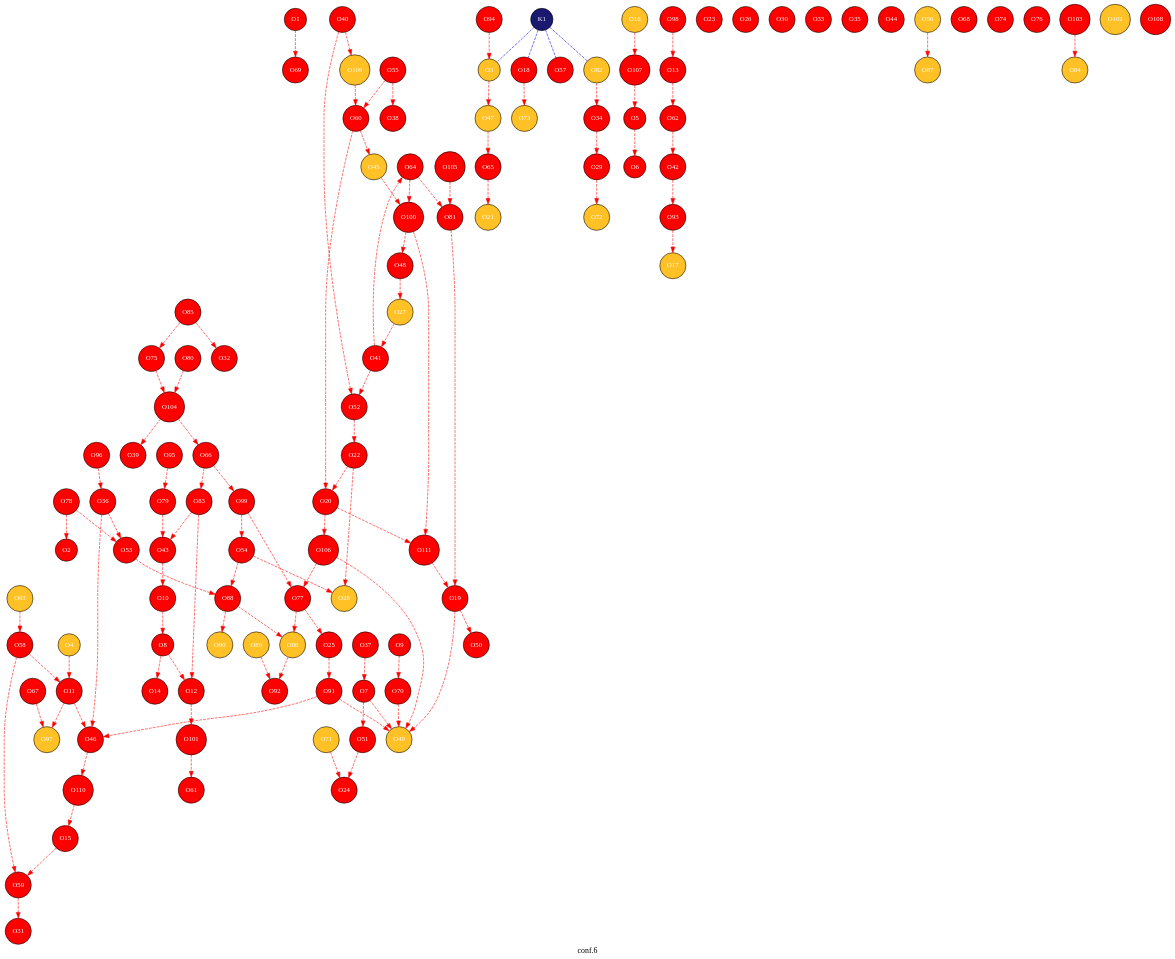
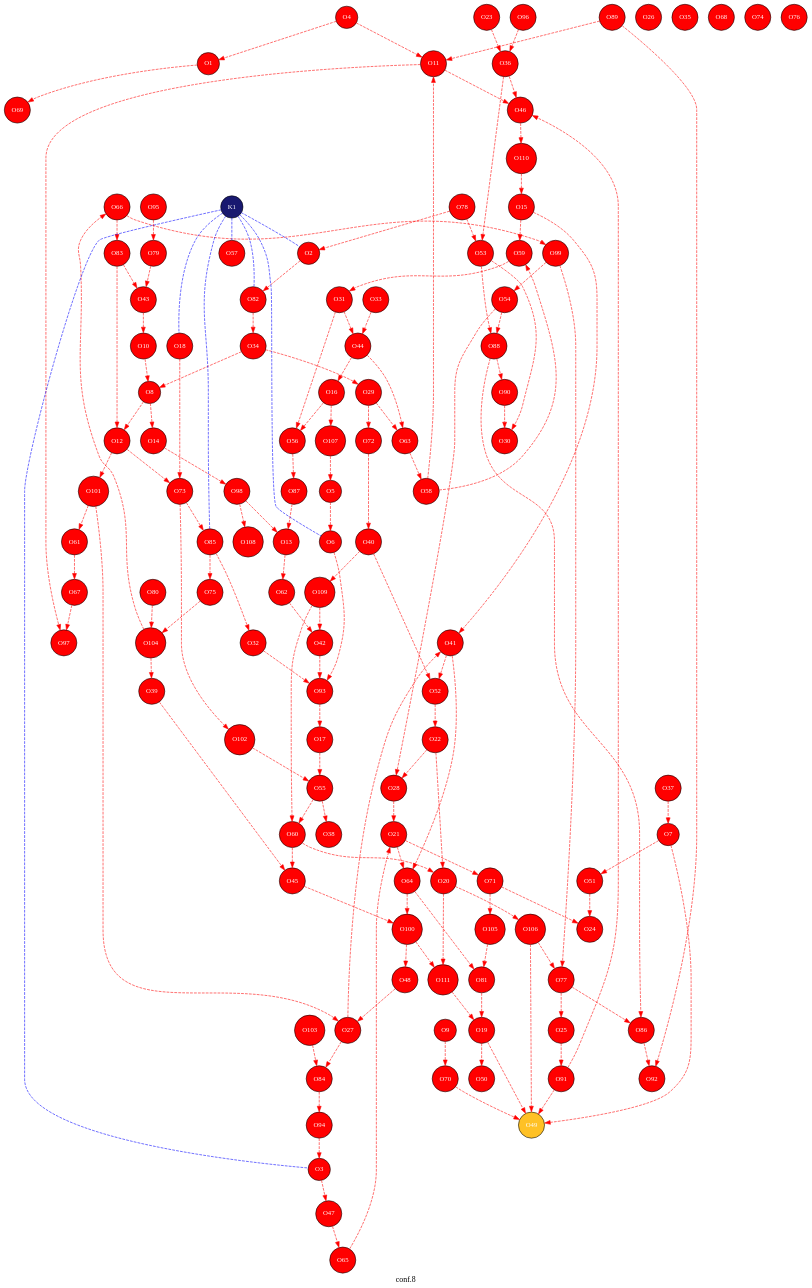
Before and after one commit to JelleLagerweij/short_test: the diagram in 4-GATeWAY/copy_4/traj/traj_conf.gv, drawn with Graphviz. The commit also changed 273 other files, not shown here.

```diff
--- a/4-GATeWAY/copy_4/traj/traj_conf.gv
+++ b/4-GATeWAY/copy_4/traj/traj_conf.gv
@@ -1,12 +1,12 @@
 digraph G {
-label="conf.6 ";
+label="conf.8 ";
 node [style=filled];
 graph [bgcolor=transparent];
 node [shape = circle, fontsize=12];
 "O1"[fillcolor=red, fontcolor=white, fontname="Times", label="O1"];
 "O2"[fillcolor=red, fontcolor=white, fontname="Times", label="O2"];
-"O3"[fillcolor=goldenrod1, fontcolor=white, fontname="Times", label="O3"];
-"O4"[fillcolor=goldenrod1, fontcolor=white, fontname="Times", label="O4"];
+"O3"[fillcolor=red, fontcolor=white, fontname="Times", label="O3"];
+"O4"[fillcolor=red, fontcolor=white, fontname="Times", label="O4"];
 "O5"[fillcolor=red, fontcolor=white, fontname="Times", label="O5"];
 "O6"[fillcolor=red, fontcolor=white, fontname="Times", label="O6"];
 "O7"[fillcolor=red, fontcolor=white, fontname="Times", label="O7"];
@@ -18,19 +18,19 @@
 "O13"[fillcolor=red, fontcolor=white, fontname="Times", label="O13"];
 "O14"[fillcolor=red, fontcolor=white, fontname="Times", label="O14"];
 "O15"[fillcolor=red, fontcolor=white, fontname="Times", label="O15"];
-"O16"[fillcolor=goldenrod1, fontcolor=white, fontname="Times", label="O16"];
-"O17"[fillcolor=goldenrod1, fontcolor=white, fontname="Times", label="O17"];
+"O16"[fillcolor=red, fontcolor=white, fontname="Times", label="O16"];
+"O17"[fillcolor=red, fontcolor=white, fontname="Times", label="O17"];
 "O18"[fillcolor=red, fontcolor=white, fontname="Times", label="O18"];
 "O19"[fillcolor=red, fontcolor=white, fontname="Times", label="O19"];
 "O20"[fillcolor=red, fontcolor=white, fontname="Times", label="O20"];
-"O21"[fillcolor=goldenrod1, fontcolor=white, fontname="Times", label="O21"];
+"O21"[fillcolor=red, fontcolor=white, fontname="Times", label="O21"];
 "O22"[fillcolor=red, fontcolor=white, fontname="Times", label="O22"];
 "O23"[fillcolor=red, fontcolor=white, fontname="Times", label="O23"];
 "O24"[fillcolor=red, fontcolor=white, fontname="Times", label="O24"];
 "O25"[fillcolor=red, fontcolor=white, fontname="Times", label="O25"];
 "O26"[fillcolor=red, fontcolor=white, fontname="Times", label="O26"];
-"O27"[fillcolor=goldenrod1, fontcolor=white, fontname="Times", label="O27"];
-"O28"[fillcolor=goldenrod1, fontcolor=white, fontname="Times", label="O28"];
+"O27"[fillcolor=red, fontcolor=white, fontname="Times", label="O27"];
+"O28"[fillcolor=red, fontcolor=white, fontname="Times", label="O28"];
 "O29"[fillcolor=red, fontcolor=white, fontname="Times", label="O29"];
 "O30"[fillcolor=red, fontcolor=white, fontname="Times", label="O30"];
 "O31"[fillcolor=red, fontcolor=white, fontname="Times", label="O31"];
@@ -47,9 +47,9 @@
 "O42"[fillcolor=red, fontcolor=white, fontname="Times", label="O42"];
 "O43"[fillcolor=red, fontcolor=white, fontname="Times", label="O43"];
 "O44"[fillcolor=red, fontcolor=white, fontname="Times", label="O44"];
-"O45"[fillcolor=goldenrod1, fontcolor=white, fontname="Times", label="O45"];
+"O45"[fillcolor=red, fontcolor=white, fontname="Times", label="O45"];
 "O46"[fillcolor=red, fontcolor=white, fontname="Times", label="O46"];
-"O47"[fillcolor=goldenrod1, fontcolor=white, fontname="Times", label="O47"];
+"O47"[fillcolor=red, fontcolor=white, fontname="Times", label="O47"];
 "O48"[fillcolor=red, fontcolor=white, fontname="Times", label="O48"];
 "O49"[fillcolor=goldenrod1, fontcolor=white, fontname="Times", label="O49"];
 "O50"[fillcolor=red, fontcolor=white, fontname="Times", label="O50"];
@@ -58,14 +58,14 @@
 "O53"[fillcolor=red, fontcolor=white, fontname="Times", label="O53"];
 "O54"[fillcolor=red, fontcolor=white, fontname="Times", label="O54"];
 "O55"[fillcolor=red, fontcolor=white, fontname="Times", label="O55"];
-"O56"[fillcolor=goldenrod1, fontcolor=white, fontname="Times", label="O56"];
+"O56"[fillcolor=red, fontcolor=white, fontname="Times", label="O56"];
 "O57"[fillcolor=red, fontcolor=white, fontname="Times", label="O57"];
 "O58"[fillcolor=red, fontcolor=white, fontname="Times", label="O58"];
 "O59"[fillcolor=red, fontcolor=white, fontname="Times", label="O59"];
 "O60"[fillcolor=red, fontcolor=white, fontname="Times", label="O60"];
 "O61"[fillcolor=red, fontcolor=white, fontname="Times", label="O61"];
 "O62"[fillcolor=red, fontcolor=white, fontname="Times", label="O62"];
-"O63"[fillcolor=goldenrod1, fontcolor=white, fontname="Times", label="O63"];
+"O63"[fillcolor=red, fontcolor=white, fontname="Times", label="O63"];
 "O64"[fillcolor=red, fontcolor=white, fontname="Times", label="O64"];
 "O65"[fillcolor=red, fontcolor=white, fontname="Times", label="O65"];
 "O66"[fillcolor=red, fontcolor=white, fontname="Times", label="O66"];
@@ -73,9 +73,9 @@
 "O68"[fillcolor=red, fontcolor=white, fontname="Times", label="O68"];
 "O69"[fillcolor=red, fontcolor=white, fontname="Times", label="O69"];
 "O70"[fillcolor=red, fontcolor=white, fontname="Times", label="O70"];
-"O71"[fillcolor=goldenrod1, fontcolor=white, fontname="Times", label="O71"];
-"O72"[fillcolor=goldenrod1, fontcolor=white, fontname="Times", label="O72"];
-"O73"[fillcolor=goldenrod1, fontcolor=white, fontname="Times", label="O73"];
+"O71"[fillcolor=red, fontcolor=white, fontname="Times", label="O71"];
+"O72"[fillcolor=red, fontcolor=white, fontname="Times", label="O72"];
+"O73"[fillcolor=red, fontcolor=white, fontname="Times", label="O73"];
 "O74"[fillcolor=red, fontcolor=white, fontname="Times", label="O74"];
 "O75"[fillcolor=red, fontcolor=white, fontname="Times", label="O75"];
 "O76"[fillcolor=red, fontcolor=white, fontname="Times", label="O76"];
@@ -84,62 +84,74 @@
 "O79"[fillcolor=red, fontcolor=white, fontname="Times", label="O79"];
 "O80"[fillcolor=red, fontcolor=white, fontname="Times", label="O80"];
 "O81"[fillcolor=red, fontcolor=white, fontname="Times", label="O81"];
-"O82"[fillcolor=goldenrod1, fontcolor=white, fontname="Times", label="O82"];
+"O82"[fillcolor=red, fontcolor=white, fontname="Times", label="O82"];
 "O83"[fillcolor=red, fontcolor=white, fontname="Times", label="O83"];
-"O84"[fillcolor=goldenrod1, fontcolor=white, fontname="Times", label="O84"];
+"O84"[fillcolor=red, fontcolor=white, fontname="Times", label="O84"];
 "O85"[fillcolor=red, fontcolor=white, fontname="Times", label="O85"];
-"O86"[fillcolor=goldenrod1, fontcolor=white, fontname="Times", label="O86"];
-"O87"[fillcolor=goldenrod1, fontcolor=white, fontname="Times", label="O87"];
+"O86"[fillcolor=red, fontcolor=white, fontname="Times", label="O86"];
+"O87"[fillcolor=red, fontcolor=white, fontname="Times", label="O87"];
 "O88"[fillcolor=red, fontcolor=white, fontname="Times", label="O88"];
-"O89"[fillcolor=goldenrod1, fontcolor=white, fontname="Times", label="O89"];
-"O90"[fillcolor=goldenrod1, fontcolor=white, fontname="Times", label="O90"];
+"O89"[fillcolor=red, fontcolor=white, fontname="Times", label="O89"];
+"O90"[fillcolor=red, fontcolor=white, fontname="Times", label="O90"];
 "O91"[fillcolor=red, fontcolor=white, fontname="Times", label="O91"];
 "O92"[fillcolor=red, fontcolor=white, fontname="Times", label="O92"];
 "O93"[fillcolor=red, fontcolor=white, fontname="Times", label="O93"];
 "O94"[fillcolor=red, fontcolor=white, fontname="Times", label="O94"];
 "O95"[fillcolor=red, fontcolor=white, fontname="Times", label="O95"];
 "O96"[fillcolor=red, fontcolor=white, fontname="Times", label="O96"];
-"O97"[fillcolor=goldenrod1, fontcolor=white, fontname="Times", label="O97"];
+"O97"[fillcolor=red, fontcolor=white, fontname="Times", label="O97"];
 "O98"[fillcolor=red, fontcolor=white, fontname="Times", label="O98"];
 "O99"[fillcolor=red, fontcolor=white, fontname="Times", label="O99"];
 "O100"[fillcolor=red, fontcolor=white, fontname="Times", label="O100"];
 "O101"[fillcolor=red, fontcolor=white, fontname="Times", label="O101"];
-"O102"[fillcolor=goldenrod1, fontcolor=white, fontname="Times", label="O102"];
+"O102"[fillcolor=red, fontcolor=white, fontname="Times", label="O102"];
 "O103"[fillcolor=red, fontcolor=white, fontname="Times", label="O103"];
 "O104"[fillcolor=red, fontcolor=white, fontname="Times", label="O104"];
 "O105"[fillcolor=red, fontcolor=white, fontname="Times", label="O105"];
 "O106"[fillcolor=red, fontcolor=white, fontname="Times", label="O106"];
 "O107"[fillcolor=red, fontcolor=white, fontname="Times", label="O107"];
 "O108"[fillcolor=red, fontcolor=white, fontname="Times", label="O108"];
-"O109"[fillcolor=goldenrod1, fontcolor=white, fontname="Times", label="O109"];
+"O109"[fillcolor=red, fontcolor=white, fontname="Times", label="O109"];
 "O110"[fillcolor=red, fontcolor=white, fontname="Times", label="O110"];
 "O111"[fillcolor=red, fontcolor=white, fontname="Times", label="O111"];
 "K1"[fillcolor=midnightblue, fontcolor=white, fontname="Times", label="K1"];
+"O4"->"O1"[fontcolor=red, color=red , style=dashed];
 "O1"->"O69"[fontcolor=red, color=red , style=dashed];
 "O78"->"O2"[fontcolor=red, color=red , style=dashed];
+"O2"->"O82"[fontcolor=red, color=red , style=dashed];
 "O3"->"O47"[fontcolor=red, color=red , style=dashed];
 "O94"->"O3"[fontcolor=red, color=red , style=dashed];
 "O4"->"O11"[fontcolor=red, color=red , style=dashed];
 "O5"->"O6"[fontcolor=red, color=red , style=dashed];
 "O107"->"O5"[fontcolor=red, color=red , style=dashed];
+"O6"->"O93"[fontcolor=red, color=red , style=dashed];
 "O37"->"O7"[fontcolor=red, color=red , style=dashed];
 "O7"->"O49"[fontcolor=red, color=red , style=dashed];
 "O7"->"O51"[fontcolor=red, color=red , style=dashed];
 "O10"->"O8"[fontcolor=red, color=red , style=dashed];
 "O8"->"O12"[fontcolor=red, color=red , style=dashed];
 "O8"->"O14"[fontcolor=red, color=red , style=dashed];
+"O34"->"O8"[fontcolor=red, color=red , style=dashed];
 "O9"->"O70"[fontcolor=red, color=red , style=dashed];
 "O43"->"O10"[fontcolor=red, color=red , style=dashed];
 "O11"->"O46"[fontcolor=red, color=red , style=dashed];
 "O58"->"O11"[fontcolor=red, color=red , style=dashed];
+"O89"->"O11"[fontcolor=red, color=red , style=dashed];
 "O11"->"O97"[fontcolor=red, color=red , style=dashed];
+"O12"->"O73"[fontcolor=red, color=red , style=dashed];
 "O83"->"O12"[fontcolor=red, color=red , style=dashed];
 "O12"->"O101"[fontcolor=red, color=red , style=dashed];
 "O13"->"O62"[fontcolor=red, color=red , style=dashed];
+"O87"->"O13"[fontcolor=red, color=red , style=dashed];
 "O98"->"O13"[fontcolor=red, color=red , style=dashed];
+"O14"->"O98"[fontcolor=red, color=red , style=dashed];
+"O15"->"O41"[fontcolor=red, color=red , style=dashed];
 "O15"->"O59"[fontcolor=red, color=red , style=dashed];
 "O110"->"O15"[fontcolor=red, color=red , style=dashed];
+"O44"->"O16"[fontcolor=red, color=red , style=dashed];
+"O16"->"O56"[fontcolor=red, color=red , style=dashed];
 "O16"->"O107"[fontcolor=red, color=red , style=dashed];
+"O17"->"O55"[fontcolor=red, color=red , style=dashed];
 "O93"->"O17"[fontcolor=red, color=red , style=dashed];
 "O18"->"O73"[fontcolor=red, color=red , style=dashed];
 "O19"->"O49"[fontcolor=red, color=red , style=dashed];
@@ -150,34 +162,51 @@
 "O60"->"O20"[fontcolor=red, color=red , style=dashed];
 "O20"->"O106"[fontcolor=red, color=red , style=dashed];
 "O20"->"O111"[fontcolor=red, color=red , style=dashed];
+"O28"->"O21"[fontcolor=red, color=red , style=dashed];
+"O21"->"O64"[fontcolor=red, color=red , style=dashed];
 "O65"->"O21"[fontcolor=red, color=red , style=dashed];
+"O21"->"O71"[fontcolor=red, color=red , style=dashed];
 "O22"->"O28"[fontcolor=red, color=red , style=dashed];
 "O52"->"O22"[fontcolor=red, color=red , style=dashed];
+"O23"->"O36"[fontcolor=red, color=red , style=dashed];
 "O51"->"O24"[fontcolor=red, color=red , style=dashed];
 "O71"->"O24"[fontcolor=red, color=red , style=dashed];
 "O77"->"O25"[fontcolor=red, color=red , style=dashed];
 "O25"->"O91"[fontcolor=red, color=red , style=dashed];
 "O27"->"O41"[fontcolor=red, color=red , style=dashed];
 "O48"->"O27"[fontcolor=red, color=red , style=dashed];
+"O27"->"O84"[fontcolor=red, color=red , style=dashed];
+"O101"->"O27"[fontcolor=red, color=red , style=dashed];
 "O54"->"O28"[fontcolor=red, color=red , style=dashed];
 "O34"->"O29"[fontcolor=red, color=red , style=dashed];
+"O29"->"O63"[fontcolor=red, color=red , style=dashed];
 "O29"->"O72"[fontcolor=red, color=red , style=dashed];
+"O53"->"O30"[fontcolor=red, color=red , style=dashed];
+"O90"->"O30"[fontcolor=red, color=red , style=dashed];
+"O31"->"O44"[fontcolor=red, color=red , style=dashed];
+"O31"->"O56"[fontcolor=red, color=red , style=dashed];
 "O59"->"O31"[fontcolor=red, color=red , style=dashed];
 "O85"->"O32"[fontcolor=red, color=red , style=dashed];
+"O32"->"O93"[fontcolor=red, color=red , style=dashed];
+"O33"->"O44"[fontcolor=red, color=red , style=dashed];
 "O82"->"O34"[fontcolor=red, color=red , style=dashed];
 "O36"->"O46"[fontcolor=red, color=red , style=dashed];
 "O36"->"O53"[fontcolor=red, color=red , style=dashed];
 "O96"->"O36"[fontcolor=red, color=red , style=dashed];
 "O55"->"O38"[fontcolor=red, color=red , style=dashed];
+"O39"->"O45"[fontcolor=red, color=red , style=dashed];
 "O104"->"O39"[fontcolor=red, color=red , style=dashed];
 "O40"->"O52"[fontcolor=red, color=red , style=dashed];
+"O72"->"O40"[fontcolor=red, color=red , style=dashed];
 "O40"->"O109"[fontcolor=red, color=red , style=dashed];
 "O41"->"O52"[fontcolor=red, color=red , style=dashed];
 "O41"->"O64"[fontcolor=red, color=red , style=dashed];
 "O62"->"O42"[fontcolor=red, color=red , style=dashed];
 "O42"->"O93"[fontcolor=red, color=red , style=dashed];
+"O109"->"O42"[fontcolor=red, color=red , style=dashed];
 "O79"->"O43"[fontcolor=red, color=red , style=dashed];
 "O83"->"O43"[fontcolor=red, color=red , style=dashed];
+"O44"->"O63"[fontcolor=red, color=red , style=dashed];
 "O60"->"O45"[fontcolor=red, color=red , style=dashed];
 "O45"->"O100"[fontcolor=red, color=red , style=dashed];
 "O91"->"O46"[fontcolor=red, color=red , style=dashed];
@@ -192,10 +221,12 @@
 "O54"->"O88"[fontcolor=red, color=red , style=dashed];
 "O99"->"O54"[fontcolor=red, color=red , style=dashed];
 "O55"->"O60"[fontcolor=red, color=red , style=dashed];
+"O102"->"O55"[fontcolor=red, color=red , style=dashed];
 "O56"->"O87"[fontcolor=red, color=red , style=dashed];
 "O58"->"O59"[fontcolor=red, color=red , style=dashed];
 "O63"->"O58"[fontcolor=red, color=red , style=dashed];
 "O109"->"O60"[fontcolor=red, color=red , style=dashed];
+"O61"->"O67"[fontcolor=red, color=red , style=dashed];
 "O101"->"O61"[fontcolor=red, color=red , style=dashed];
 "O64"->"O81"[fontcolor=red, color=red , style=dashed];
 "O64"->"O100"[fontcolor=red, color=red , style=dashed];
@@ -203,6 +234,9 @@
 "O66"->"O99"[fontcolor=red, color=red , style=dashed];
 "O104"->"O66"[fontcolor=red, color=red , style=dashed];
 "O67"->"O97"[fontcolor=red, color=red , style=dashed];
+"O71"->"O105"[fontcolor=red, color=red , style=dashed];
+"O73"->"O85"[fontcolor=red, color=red , style=dashed];
+"O73"->"O102"[fontcolor=red, color=red , style=dashed];
 "O85"->"O75"[fontcolor=red, color=red , style=dashed];
 "O75"->"O104"[fontcolor=red, color=red , style=dashed];
 "O77"->"O86"[fontcolor=red, color=red , style=dashed];
@@ -211,14 +245,19 @@
 "O95"->"O79"[fontcolor=red, color=red , style=dashed];
 "O80"->"O104"[fontcolor=red, color=red , style=dashed];
 "O105"->"O81"[fontcolor=red, color=red , style=dashed];
+"O84"->"O94"[fontcolor=red, color=red , style=dashed];
 "O103"->"O84"[fontcolor=red, color=red , style=dashed];
 "O88"->"O86"[fontcolor=red, color=red , style=dashed];
 "O86"->"O92"[fontcolor=red, color=red , style=dashed];
 "O88"->"O90"[fontcolor=red, color=red , style=dashed];
 "O89"->"O92"[fontcolor=red, color=red , style=dashed];
+"O98"->"O108"[fontcolor=red, color=red , style=dashed];
 "O100"->"O111"[fontcolor=red, color=red , style=dashed];
+"K1"->"O2"[dir=none, color=blue, nodesep=0.5,style=dashed];
 "K1"->"O3"[dir=none, color=blue, nodesep=0.5,style=dashed];
+"K1"->"O6"[dir=none, color=blue, nodesep=0.5,style=dashed];
 "K1"->"O18"[dir=none, color=blue, nodesep=0.5,style=dashed];
 "K1"->"O57"[dir=none, color=blue, nodesep=0.5,style=dashed];
 "K1"->"O82"[dir=none, color=blue, nodesep=0.5,style=dashed];
+"K1"->"O85"[dir=none, color=blue, nodesep=0.5,style=dashed];
 }
```
